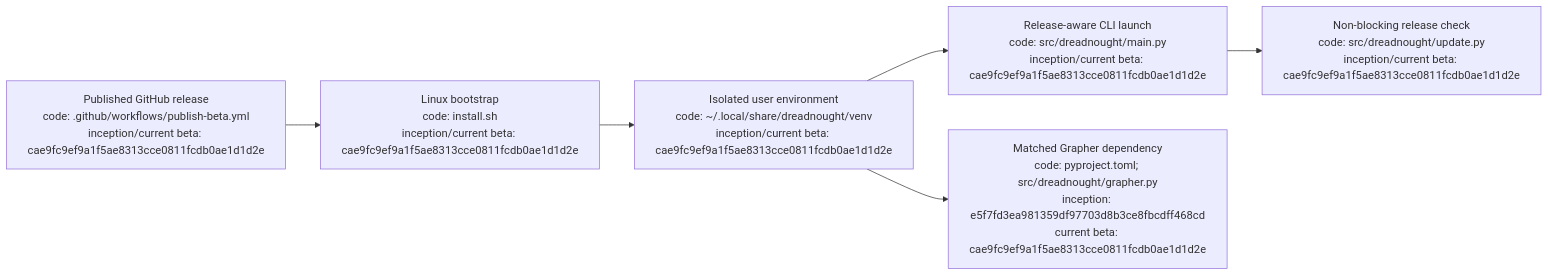
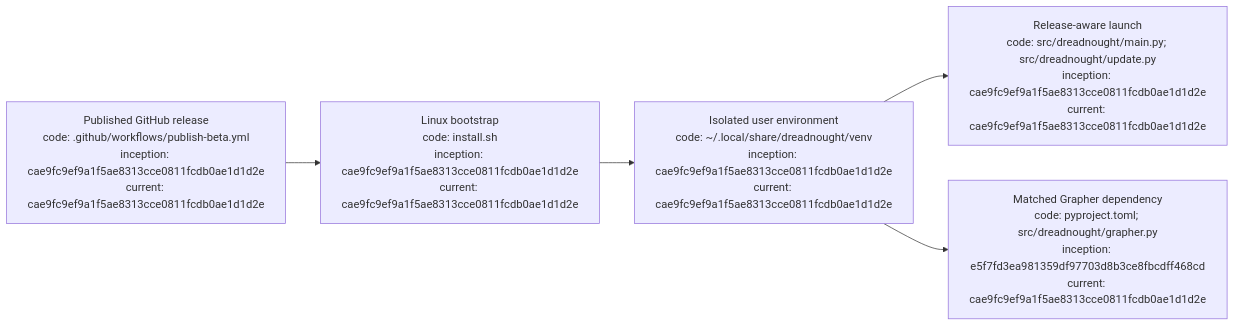
The diagram in docs/INSTALLATION_AND_UPDATES.md (seanbman/dreadnought), drawn with Mermaid before and after one commit. The commit also changed other lines of this file, not shown here.

Commit message:
Normalize Dreadnought documentation provenance markers

````diff
--- a/docs/INSTALLATION_AND_UPDATES.md
+++ b/docs/INSTALLATION_AND_UPDATES.md
@@ -100,8 +78,7 @@
 ```mermaid
 flowchart LR
-    R["Published GitHub release\ncode: .github/workflows/publish-beta.yml\ninception/current beta: cae9fc9ef9a1f5ae8313cce0811fcdb0ae1d1d2e"] --> I["Linux bootstrap\ncode: install.sh\ninception/current beta: cae9fc9ef9a1f5ae8313cce0811fcdb0ae1d1d2e"]
-    I --> V["Isolated user environment\ncode: ~/.local/share/dreadnought/venv\ninception/current beta: cae9fc9ef9a1f5ae8313cce0811fcdb0ae1d1d2e"]
-    V --> C["Release-aware CLI launch\ncode: src/dreadnought/main.py\ninception/current beta: cae9fc9ef9a1f5ae8313cce0811fcdb0ae1d1d2e"]
-    C --> U["Non-blocking release check\ncode: src/dreadnought/update.py\ninception/current beta: cae9fc9ef9a1f5ae8313cce0811fcdb0ae1d1d2e"]
-    V --> G["Matched Grapher dependency\ncode: pyproject.toml; src/dreadnought/grapher.py\ninception: e5f7fd3ea981359df97703d8b3ce8fbcdff468cd\ncurrent beta: cae9fc9ef9a1f5ae8313cce0811fcdb0ae1d1d2e"]
+    R["Published GitHub release\ncode: .github/workflows/publish-beta.yml\ninception: cae9fc9ef9a1f5ae8313cce0811fcdb0ae1d1d2e\ncurrent: cae9fc9ef9a1f5ae8313cce0811fcdb0ae1d1d2e"] --> I["Linux bootstrap\ncode: install.sh\ninception: cae9fc9ef9a1f5ae8313cce0811fcdb0ae1d1d2e\ncurrent: cae9fc9ef9a1f5ae8313cce0811fcdb0ae1d1d2e"]
+    I --> V["Isolated user environment\ncode: ~/.local/share/dreadnought/venv\ninception: cae9fc9ef9a1f5ae8313cce0811fcdb0ae1d1d2e\ncurrent: cae9fc9ef9a1f5ae8313cce0811fcdb0ae1d1d2e"]
+    V --> C["Release-aware launch\ncode: src/dreadnought/main.py; src/dreadnought/update.py\ninception: cae9fc9ef9a1f5ae8313cce0811fcdb0ae1d1d2e\ncurrent: cae9fc9ef9a1f5ae8313cce0811fcdb0ae1d1d2e"]
+    V --> G["Matched Grapher dependency\ncode: pyproject.toml; src/dreadnought/grapher.py\ninception: e5f7fd3ea981359df97703d8b3ce8fbcdff468cd\ncurrent: cae9fc9ef9a1f5ae8313cce0811fcdb0ae1d1d2e"]
 ```
````
